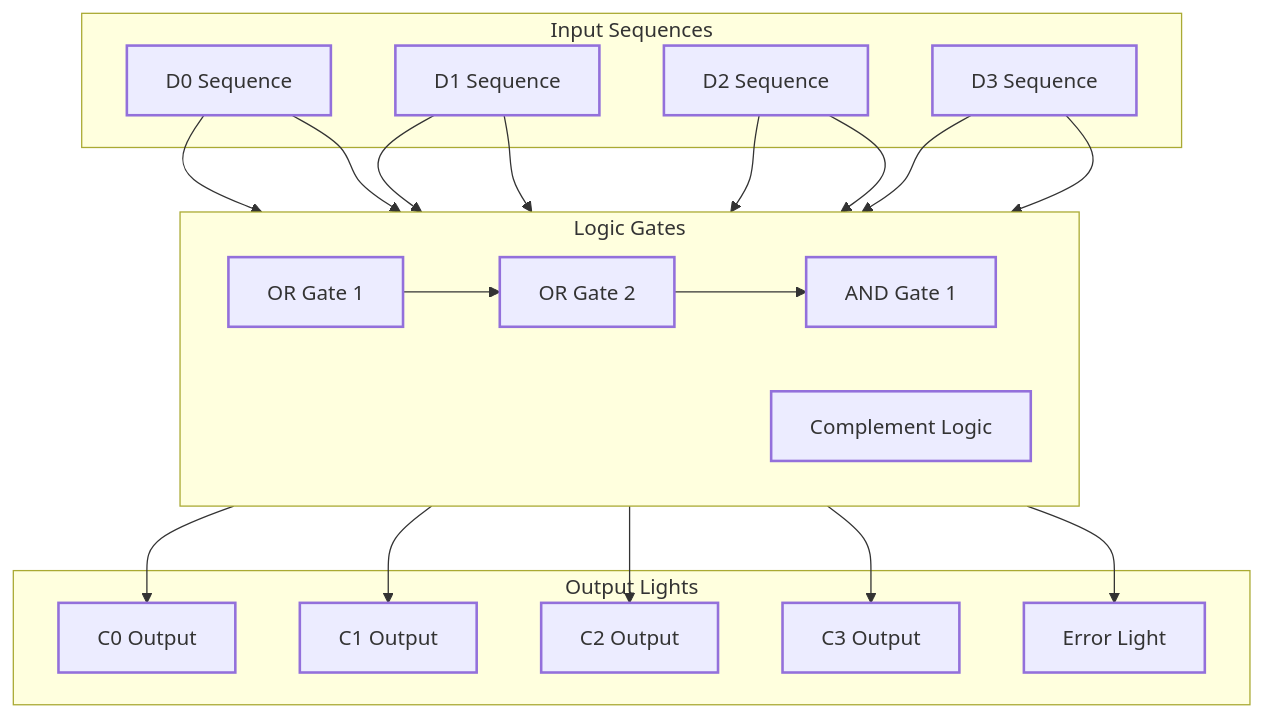
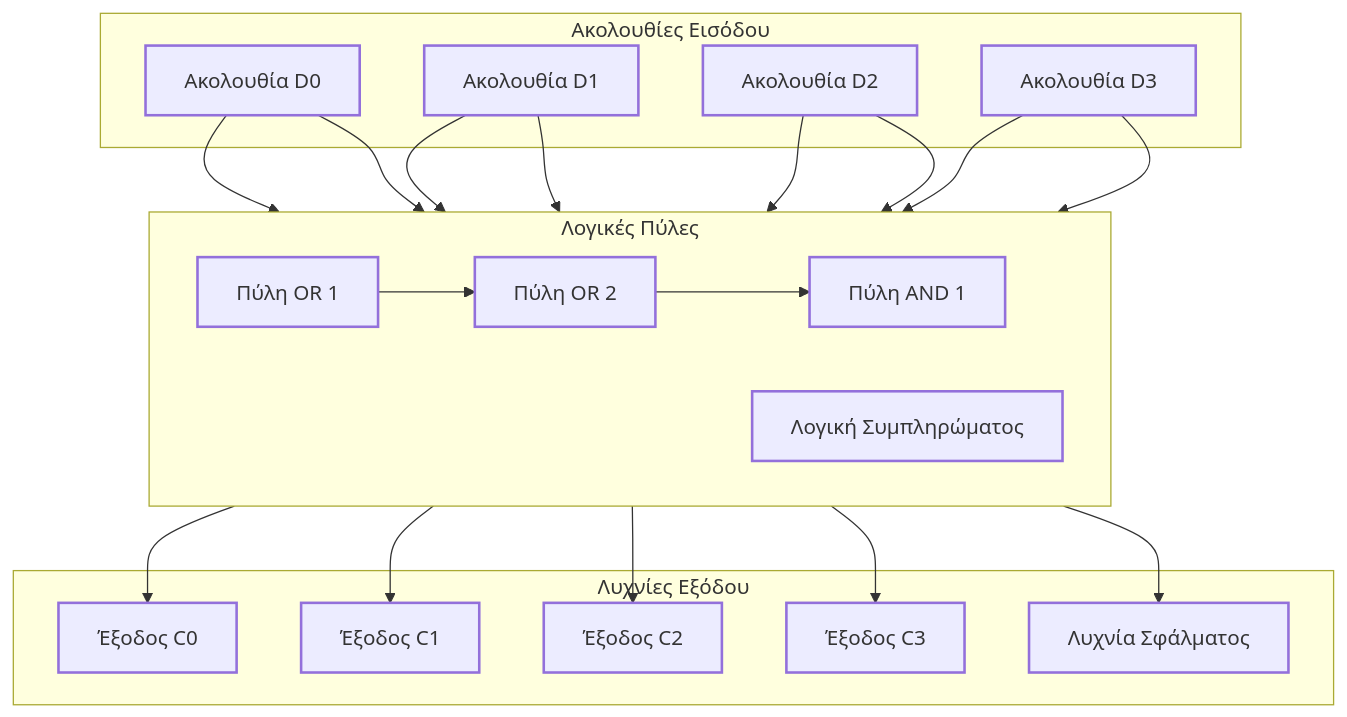
Before and after one commit to PanagopoulosNikolaos/DitOpenNotes: the second of 3 diagrams in Year_1/Semester_1/LOGIC_DESIGN/Exercises/Nick_Λογική_Σχεδίαση_2η_Εργασία/Nick_Λογική_Σχεδίαση_2η_Εργασία.md, drawn with Mermaid. The commit also changed other lines of this file and 16 other files, not shown here.

````diff
--- a/Year_1/Semester_1/LOGIC_DESIGN/Exercises/Nick_Λογική_Σχεδίαση_2η_Εργασία/Nick_Λογική_Σχεδίαση_2η_Εργασία.md
+++ b/Year_1/Semester_1/LOGIC_DESIGN/Exercises/Nick_Λογική_Σχεδίαση_2η_Εργασία/Nick_Λογική_Σχεδίαση_2η_Εργασία.md
@@ -283,41 +283,41 @@
 ```Mermaid
 graph TD
-    subgraph "Input Sequences"
-        D0[D0 Sequence]
-        D1[D1 Sequence]
-        D2[D2 Sequence]
-        D3[D3 Sequence]
+    subgraph "Ακολουθίες Εισόδου"
+        D0[Ακολουθία D0]
+        D1[Ακολουθία D1]
+        D2[Ακολουθία D2]
+        D3[Ακολουθία D3]
     end
 
-    subgraph "Logic Gates"
+    subgraph "Λογικές Πύλες"
         direction LR
-        D0 --> OR1[OR Gate 1]
+        D0 --> OR1[Πύλη OR 1]
         D1 --> OR1
-        D2 --> OR2[OR Gate 2]
+        D2 --> OR2[Πύλη OR 2]
         OR1 --> OR2
         
-        D3 --> AND1[AND Gate 1]
+        D3 --> AND1[Πύλη AND 1]
         OR2 --> AND1
 
-        D0 --> COMP[Complement Logic]
+        D0 --> COMP[Λογική Συμπληρώματος]
         D1 --> COMP
         D2 --> COMP
         D3 --> COMP
     end
 
-    subgraph "Output Lights"
-        COMP --> C0[C0 Output]
-        COMP --> C1[C1 Output]
-        COMP --> C2[C2 Output]
-        COMP --> C3[C3 Output]
-        AND1 --> ERR[Error Light]
+    subgraph "Λυχνίες Εξόδου"
+        COMP --> C0[Έξοδος C0]
+        COMP --> C1[Έξοδος C1]
+        COMP --> C2[Έξοδος C2]
+        COMP --> C3[Έξοδος C3]
+        AND1 --> ERR[Λυχνία Σφάλματος]
     end
 
     classDef sequence fill:\#e1f5fe,stroke:\#01579b,stroke-width:2px;
     classDef gate fill:\#fff3e0,stroke:\#e65100,stroke-width:2px;
     classDef output fill:\#f1f8e9,stroke:\#33691e,stroke-width:2px;
     
     class D0,D1,D2,D3 sequence;
     class OR1,OR2,AND1,COMP gate;
     class C0,C1,C2,C3,ERR output;
 ```
````
